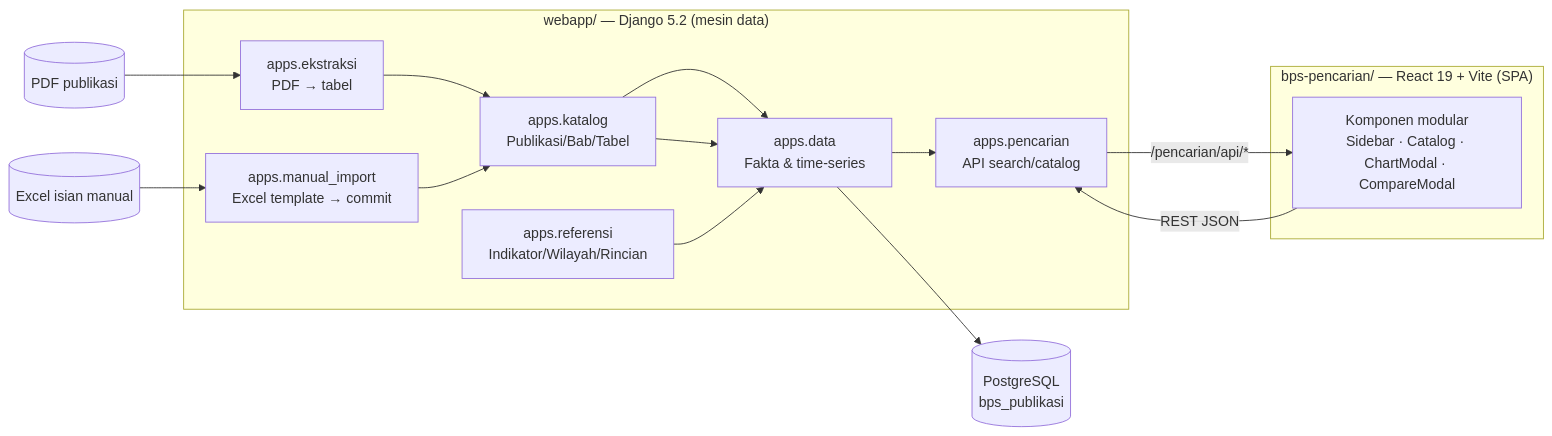
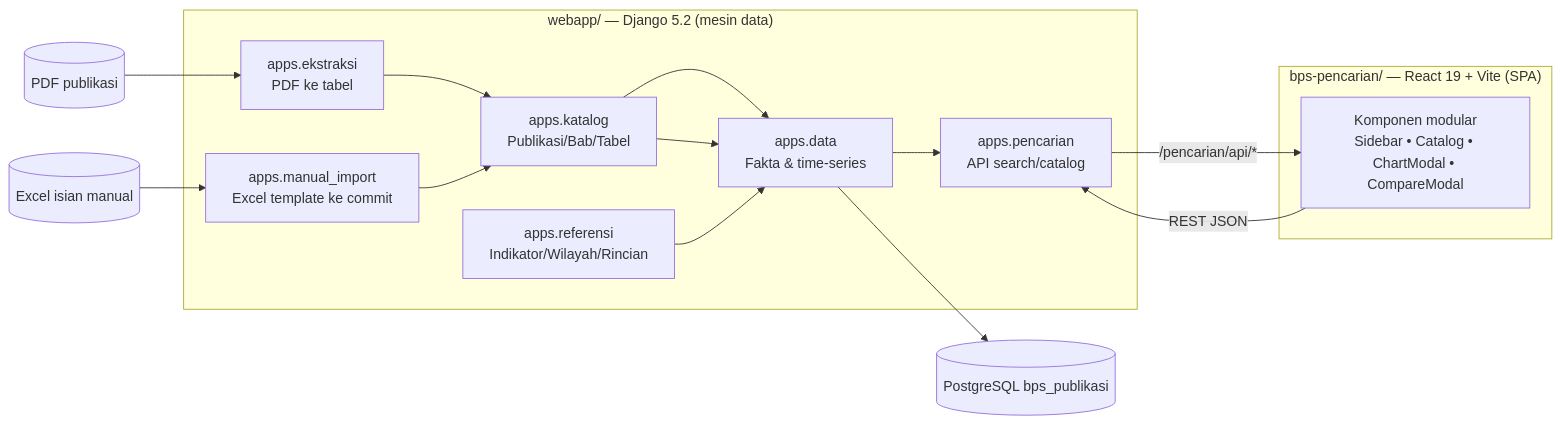
One commit to feb027/Project_BPS changed the first of 5 diagrams in README.md. Above: the diagram before and after it, drawn with Mermaid. The commit also changed other lines of this file, not shown here.

First line of the commit message:
docs: README v3 — fix mermaid parse errors, add full PostgreSQL migration guide

````diff
--- a/README.md
+++ b/README.md
@@ -64,25 +64,25 @@
 ```mermaid
 flowchart LR
     subgraph Backend["webapp/ — Django 5.2 (mesin data)"]
-        EK[apps.ekstraksi<br/>PDF → tabel]
-        MI[apps.manual_import<br/>Excel template → commit]
+        EK[apps.ekstraksi<br/>PDF ke tabel]
+        MI[apps.manual_import<br/>Excel template ke commit]
         KA[apps.katalog<br/>Publikasi/Bab/Tabel]
         RE[apps.referensi<br/>Indikator/Wilayah/Rincian]
         DA[apps.data<br/>Fakta & time-series]
         PE[apps.pencarian<br/>API search/catalog]
     end
 
     subgraph Frontend["bps-pencarian/ — React 19 + Vite (SPA)"]
-        SPA[Komponen modular<br/>Sidebar · Catalog · ChartModal · CompareModal]
+        SPA[Komponen modular<br/>Sidebar • Catalog • ChartModal • CompareModal]
     end
 
     PDF[(PDF publikasi)] --> EK
     XLS[(Excel isian manual)] --> MI
     EK --> KA --> DA
     MI --> KA --> DA
     RE --> DA
     DA --> PE
     PE -->|"/pencarian/api/*"| SPA
     SPA -->|"REST JSON"| PE
-    DA --> PG[(PostgreSQL<br/>bps_publikasi)]
+    DA --> PG[(PostgreSQL bps_publikasi)]
 ```
````
